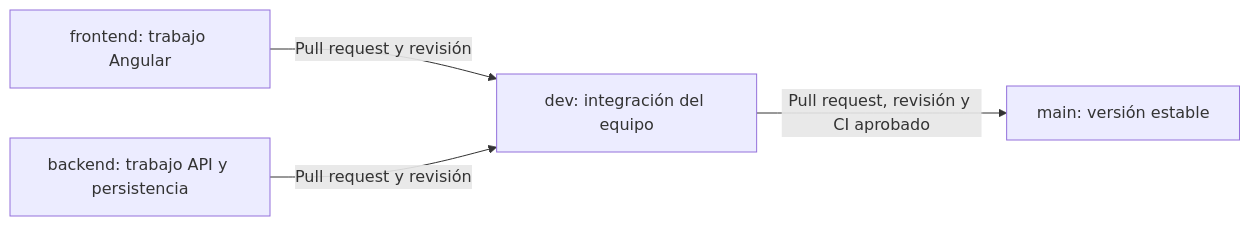
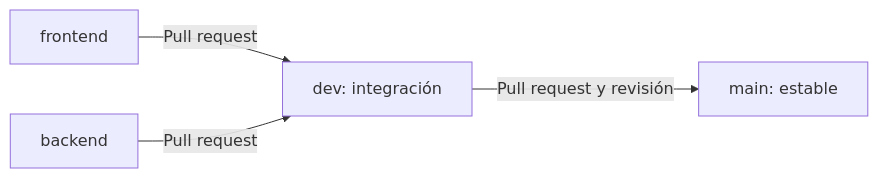
The diagram in README.md (pvblo47/dumbo-supermercado), drawn with Mermaid before and after one commit. The commit also changed other lines of this file and 1 other file, not shown here.

````diff
--- a/README.md
+++ b/README.md
@@ -119,6 +69,6 @@
 ```mermaid
 flowchart LR
-    F[frontend: trabajo Angular] -->|Pull request y revisión| D[dev: integración del equipo]
-    B[backend: trabajo API y persistencia] -->|Pull request y revisión| D
-    D -->|Pull request, revisión y CI aprobado| M[main: versión estable]
+    F[frontend] -->|Pull request| D[dev: integración]
+    B[backend] -->|Pull request| D
+    D -->|Pull request y revisión| M[main: estable]
 ```
````
